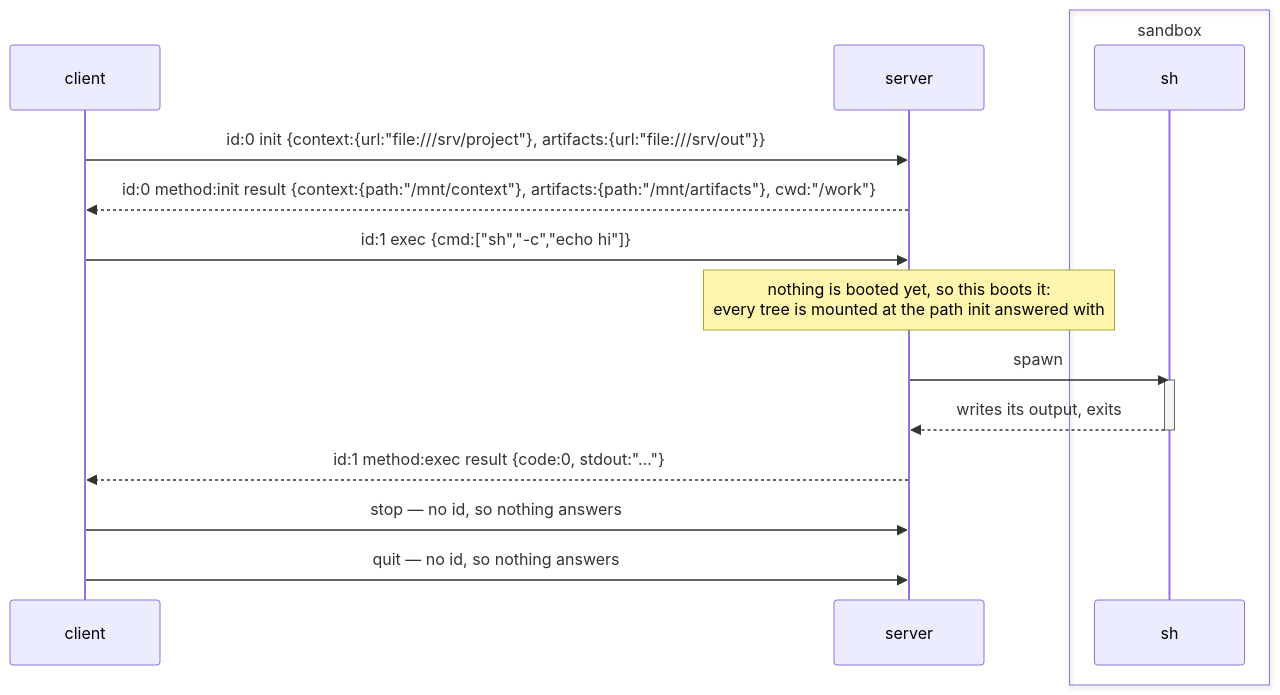
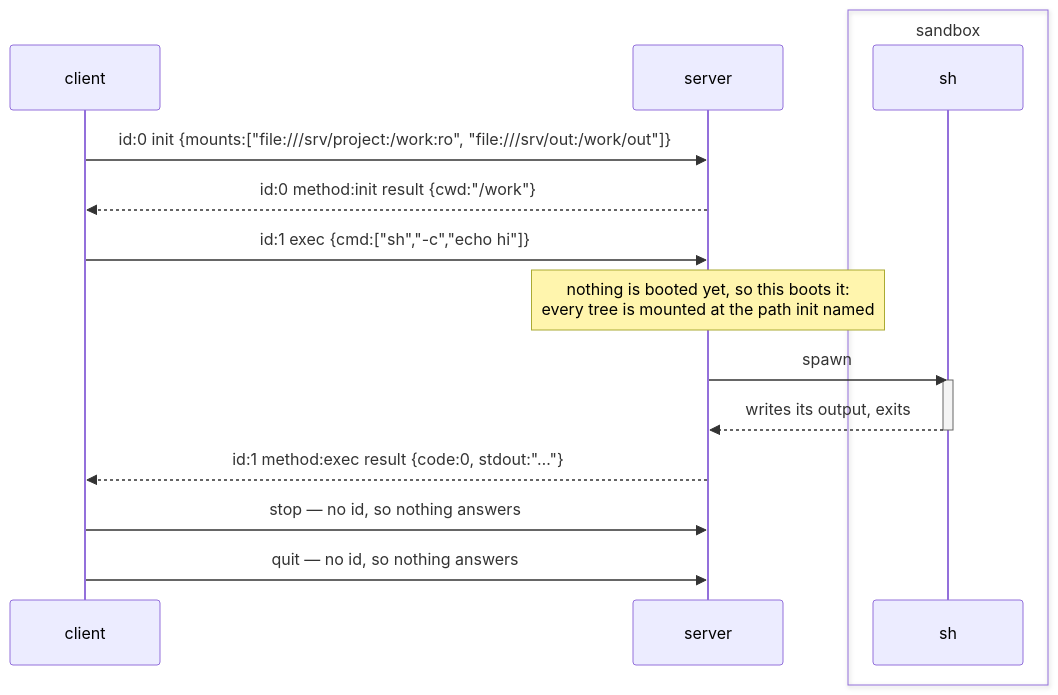
One commit to brekkylab/cortex changed the first of 2 diagrams in cortex/src/console/ARCHITECTURE.md. Above: the diagram before and after it, drawn with Mermaid. The commit also changed other lines of this file and 95 other files, not shown here.

````diff
--- a/cortex/src/console/ARCHITECTURE.md
+++ b/cortex/src/console/ARCHITECTURE.md
@@ -472,22 +482,22 @@
 ```mermaid
 sequenceDiagram
     participant client
     participant server
     box transparent sandbox
         participant sh
     end
 
-    client->>server: id:0 init {context:{url:"file:///srv/project"}, artifacts:{url:"file:///srv/out"}}
-    server-->>client: id:0 method:init result {context:{path:"/mnt/context"}, artifacts:{path:"/mnt/artifacts"}, cwd:"/work"}
+    client->>server: id:0 init {mounts:["file:///srv/project:/work:ro", "file:///srv/out:/work/out"]}
+    server-->>client: id:0 method:init result {cwd:"/work"}
 
     client->>server: id:1 exec {cmd:["sh","-c","echo hi"]}
-    Note over server: nothing is booted yet, so this boots it:<br/>every tree is mounted at the path init answered with
+    Note over server: nothing is booted yet, so this boots it:<br/>every tree is mounted at the path init named
     server->>sh: spawn
     activate sh
     sh-->>server: writes its output, exits
     deactivate sh
     server-->>client: id:1 method:exec result {code:0, stdout:"…"}
 
     client->>server: stop — no id, so nothing answers
     client->>server: quit — no id, so nothing answers
 ```
````
